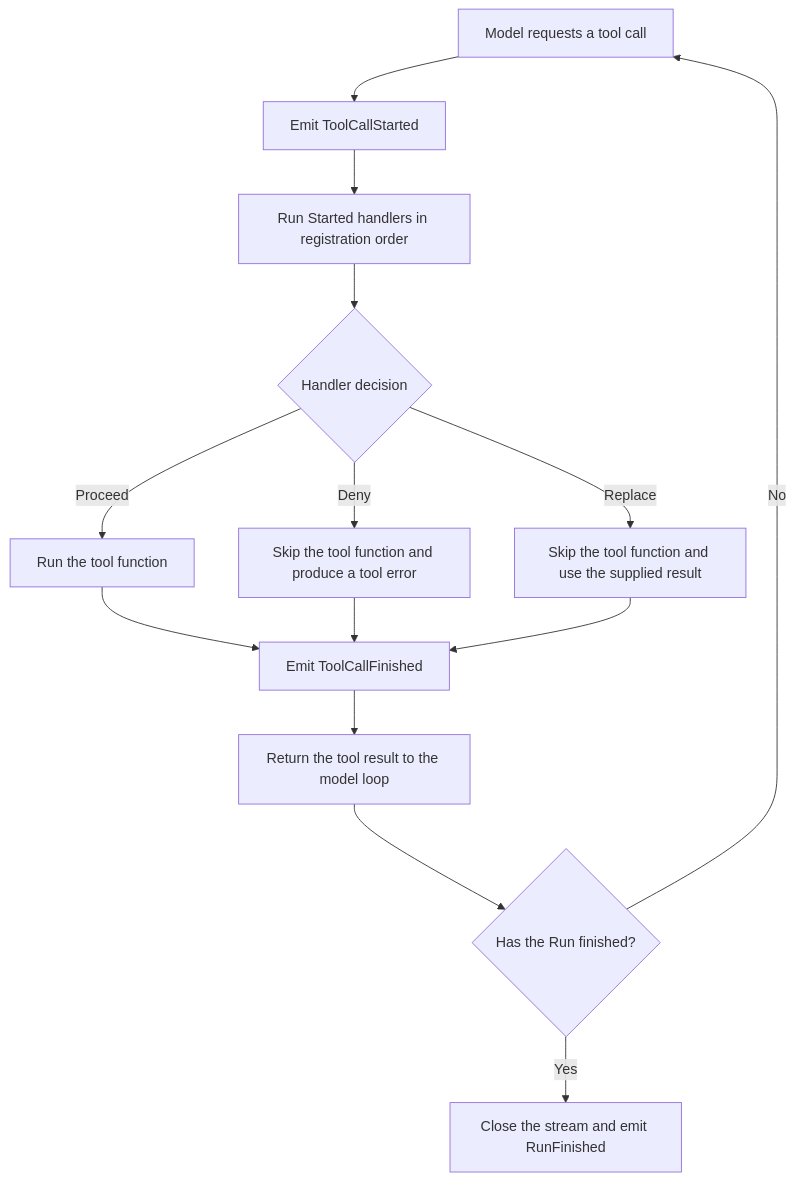
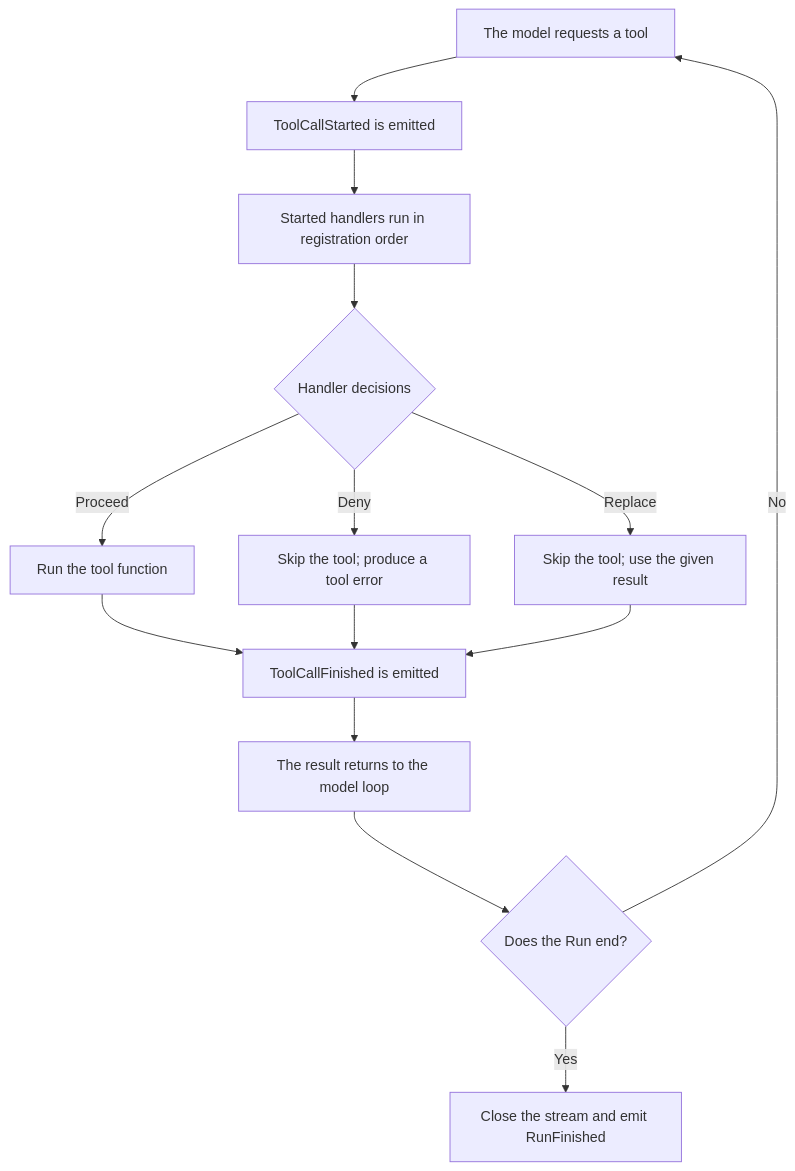
The diagram in website/src/content/docs/docs/sdk/events.mdx (bubbuild/bub), drawn with Mermaid before and after one commit. The commit also changed other lines of this file and 44 other files, not shown here.

````diff
--- a/website/src/content/docs/docs/sdk/events.mdx
+++ b/website/src/content/docs/docs/sdk/events.mdx
@@ -95,17 +83,17 @@
 ```mermaid
 flowchart TD
-    A[Model requests a tool call] --> B[Emit ToolCallStarted]
-    B --> C[Run Started handlers in registration order]
-    C --> D{Handler decision}
+    A[The model requests a tool] --> B[ToolCallStarted is emitted]
+    B --> C[Started handlers run in registration order]
+    C --> D{Handler decisions}
     D -->|Proceed| E[Run the tool function]
-    D -->|Deny| F[Skip the tool function and produce a tool error]
-    D -->|Replace| G[Skip the tool function and use the supplied result]
-    E --> H[Emit ToolCallFinished]
+    D -->|Deny| F[Skip the tool; produce a tool error]
+    D -->|Replace| G[Skip the tool; use the given result]
+    E --> H[ToolCallFinished is emitted]
     F --> H
     G --> H
-    H --> I[Return the tool result to the model loop]
-    I --> J{Has the Run finished?}
+    H --> I[The result returns to the model loop]
+    I --> J{Does the Run end?}
     J -->|No| A
     J -->|Yes| K[Close the stream and emit RunFinished]
 
 ```
````
